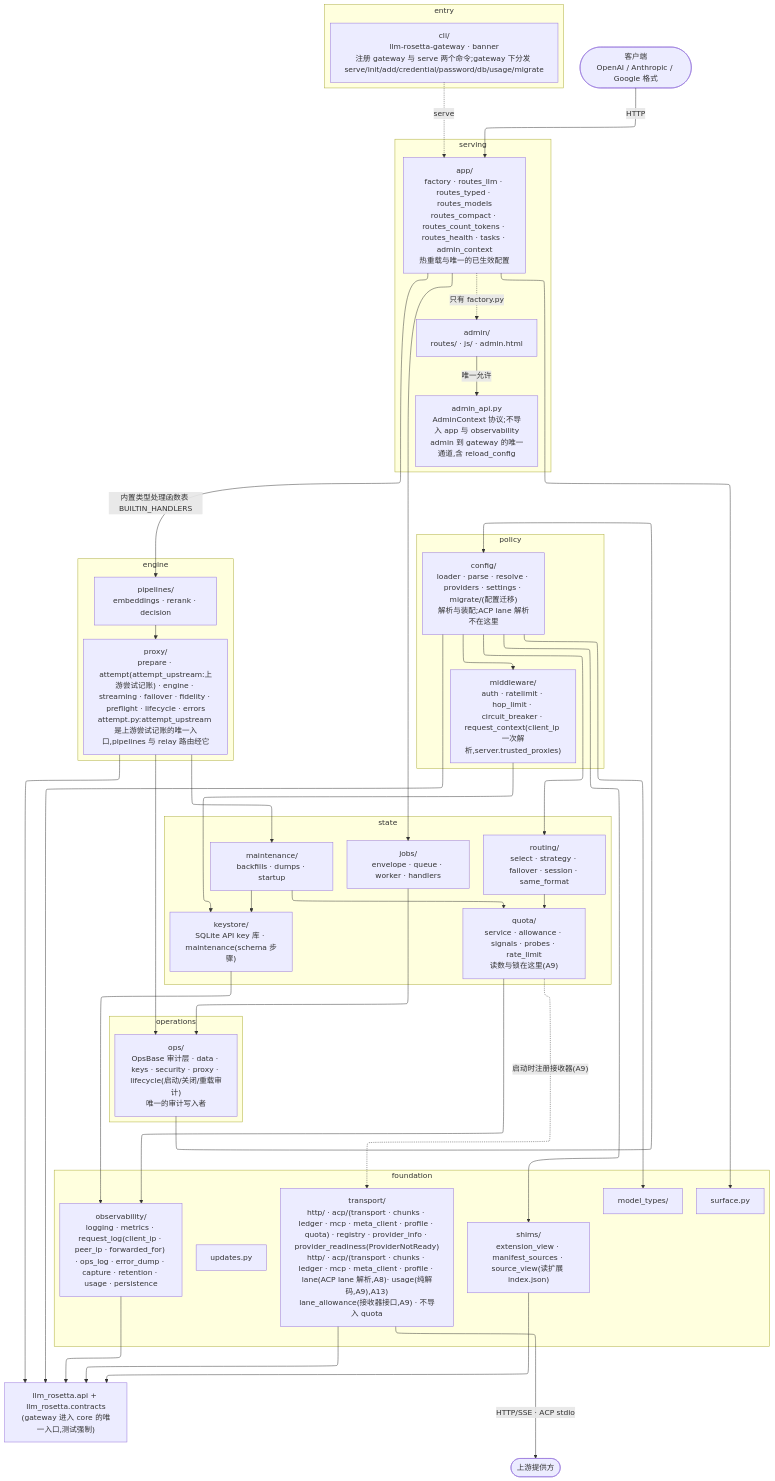
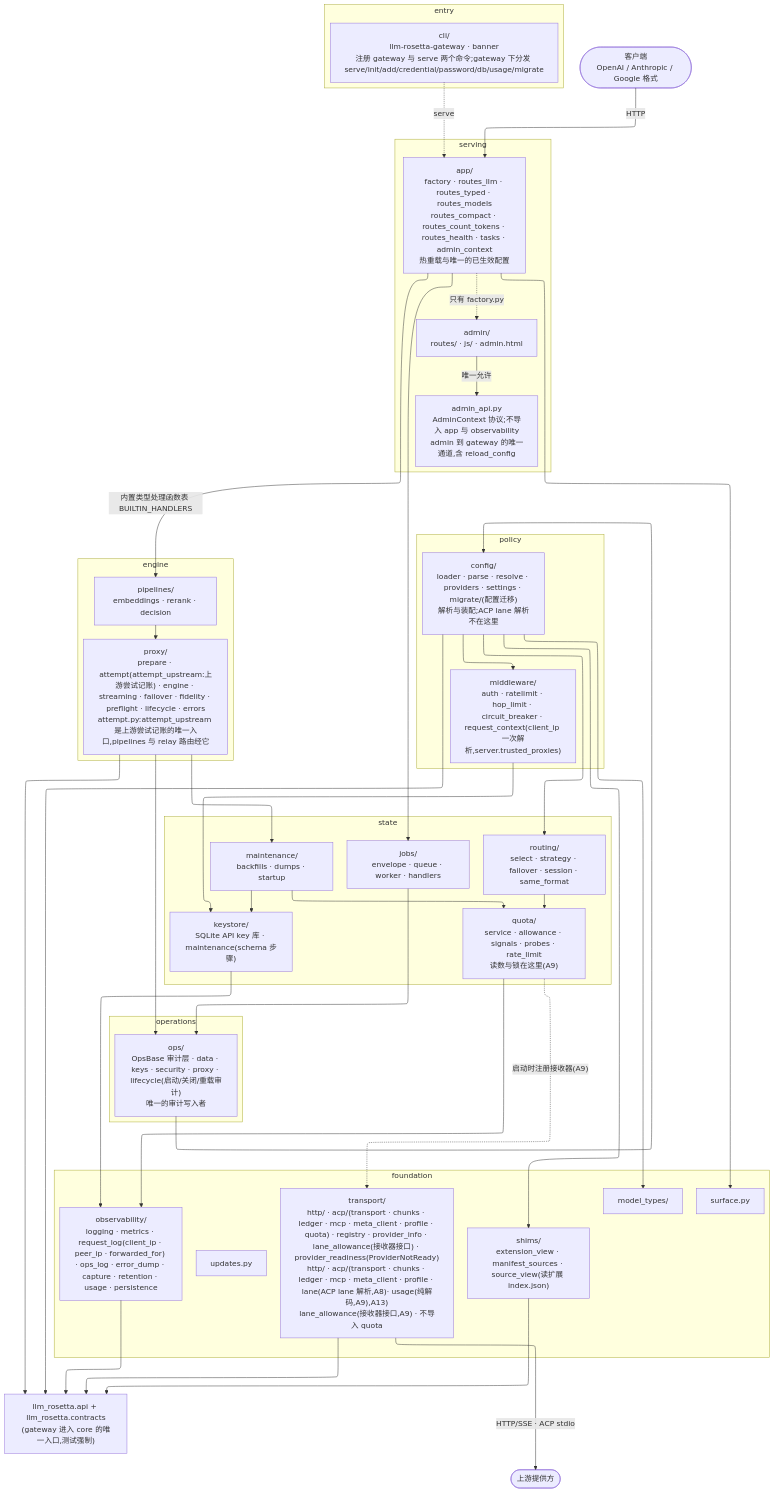
The diagram in gap_ideal.mmd (Oaklight/llm-rosetta), drawn with Mermaid before and after one commit. The commit also changed 6 other files, not shown here.

Commit message:
diagrams: one served config home; the lane allowance sink seam (#1830 A1 part 2, A9 PR 1)

```diff
--- a/gap_ideal.mmd
+++ b/gap_ideal.mmd
@@ -1,71 +1,71 @@
 ---
 config:
   layout: elk
 ---
 flowchart TB
   subgraph STATE["state"]
     KEYSTORE["keystore/<br/>SQLite API key 库 · maintenance(schema 步骤)"]
     MAINT["maintenance/<br/>backfills · dumps · startup"]
     JOBS["jobs/<br/>envelope · queue · worker · handlers"]
     QUOTA["quota/<br/>service · allowance · signals · probes · rate_limit<br/>读数与锁在这里(A9)"]
     ROUTING["routing/<br/>select · strategy · failover · session · same_format"]
   end
   subgraph POLICY["policy"]
     CONFIG["config/<br/>loader · parse · resolve · providers · settings · migrate/(配置迁移)<br/>解析与装配;ACP lane 解析不在这里"]
     MW["middleware/<br/>auth · ratelimit · hop_limit · circuit_breaker · request_context(client_ip 一次解析,server.trusted_proxies)"]
   end
   subgraph FOUNDATION["foundation"]
-    TRANSPORT["transport/<br/>http/ · acp/(transport · chunks · ledger · mcp · meta_client · profile · quota) · registry · provider_info · provider_readiness(ProviderNotReady)<br/>http/ · acp/(transport · chunks · ledger · mcp · meta_client · profile · lane(ACP lane 解析,A8)· usage(纯解码,A9),A13)<br/>lane_allowance(接收器接口,A9) · 不导入 quota"]
+    TRANSPORT["transport/<br/>http/ · acp/(transport · chunks · ledger · mcp · meta_client · profile · quota) · registry · provider_info · lane_allowance(接收器接口) · provider_readiness(ProviderNotReady)<br/>http/ · acp/(transport · chunks · ledger · mcp · meta_client · profile · lane(ACP lane 解析,A8)· usage(纯解码,A9),A13)<br/>lane_allowance(接收器接口,A9) · 不导入 quota"]
     SURF["surface.py"]
     OBS["observability/<br/>logging · metrics · request_log(client_ip · peer_ip · forwarded_for) · ops_log · error_dump · capture · retention · usage · persistence"]
     UPD["updates.py"]
     MT["model_types/"]
     SHIMS["shims/<br/>extension_view · manifest_sources · source_view(读扩展 index.json)"]
   end
   subgraph ENGINE["engine"]
     PROXY["proxy/<br/>prepare · attempt(attempt_upstream:上游尝试记账) · engine · streaming · failover · fidelity · preflight · lifecycle · errors<br/>attempt.py:attempt_upstream 是上游尝试记账的唯一入口,pipelines 与 relay 路由经它"]
     PIPES["pipelines/<br/>embeddings · rerank · decision"]
   end
   subgraph OPERATIONS["operations"]
     OPS["ops/<br/>OpsBase 审计层 · data · keys · security · proxy · lifecycle(启动/关闭/重载审计)<br/>唯一的审计写入者"]
   end
   subgraph ENTRY["entry"]
     CLI["cli/<br/>llm-rosetta-gateway · banner<br/>注册 gateway 与 serve 两个命令;gateway 下分发 serve/init/add/credential/password/db/usage/migrate"]
   end
   CLIENT(["客户端<br/>OpenAI / Anthropic / Google 格式"])
   CORE["llm_rosetta.api + llm_rosetta.contracts<br/>(gateway 进入 core 的唯一入口,测试强制)"]
   UP(["上游提供方"])
   subgraph SERVING["serving"]
     ADMINAPI["admin_api.py<br/>AdminContext 协议;不导入 app 与 observability<br/>admin 到 gateway 的唯一通道,含 reload_config"]
     ADMIN["admin/<br/>routes/ · js/ · admin.html"]
     APP["app/<br/>factory · routes_llm · routes_typed · routes_models<br/>routes_compact · routes_count_tokens · routes_health · tasks · admin_context<br/>热重载与唯一的已生效配置"]
   end
   ADMIN -->|"唯一允许"| ADMINAPI
   APP -.->|"只有 factory.py"| ADMIN
   APP --> JOBS
   APP -->|"内置类型处理函数表 BUILTIN_HANDLERS"| PIPES
   APP --> SURF
   CLI -.->|"serve"| APP
   CONFIG --> MW
   CONFIG --> MT
   CONFIG --> ROUTING
   CONFIG --> SHIMS
   JOBS --> OPS
   KEYSTORE --> OBS
   MAINT --> KEYSTORE
   MAINT --> QUOTA
   MW --> KEYSTORE
   OPS --> CONFIG
   PIPES --> PROXY
   PROXY --> MAINT
   PROXY --> OPS
   QUOTA --> OBS
   QUOTA -.->|"启动时注册接收器(A9)"| TRANSPORT
   ROUTING --> QUOTA
   CONFIG --> CORE
   TRANSPORT -->|HTTP/SSE · ACP stdio| UP
   OBS --> CORE
   SHIMS --> CORE
   TRANSPORT --> CORE
   CLIENT -->|HTTP| APP
   PROXY --> CORE
```
